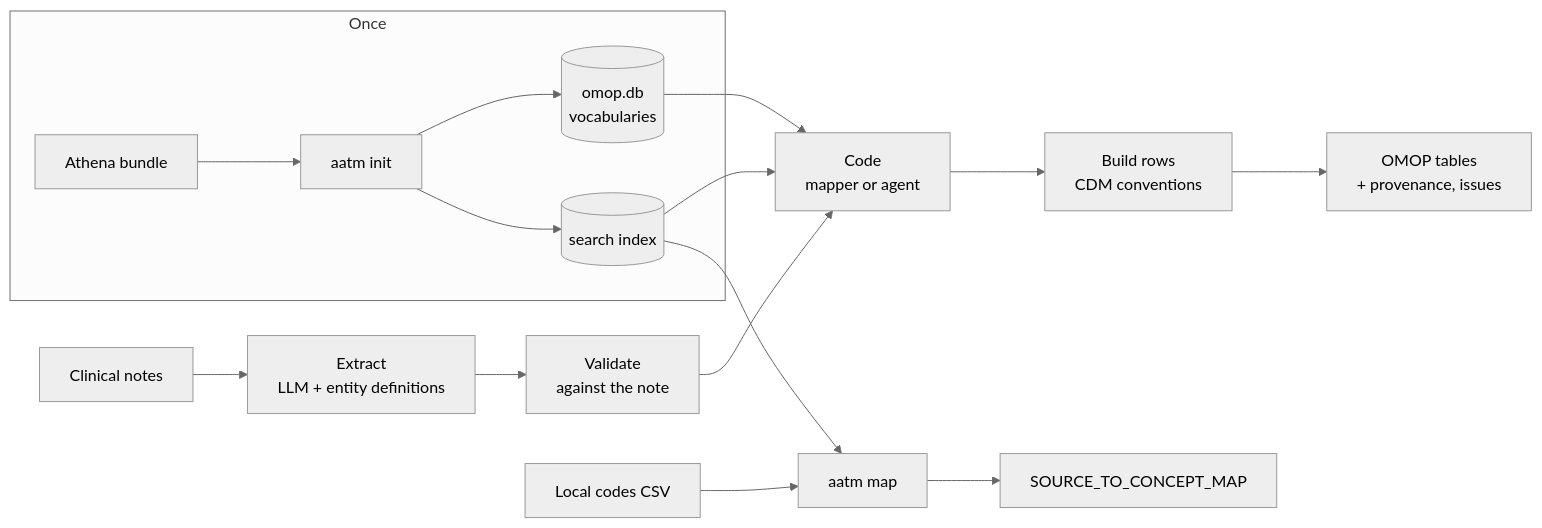
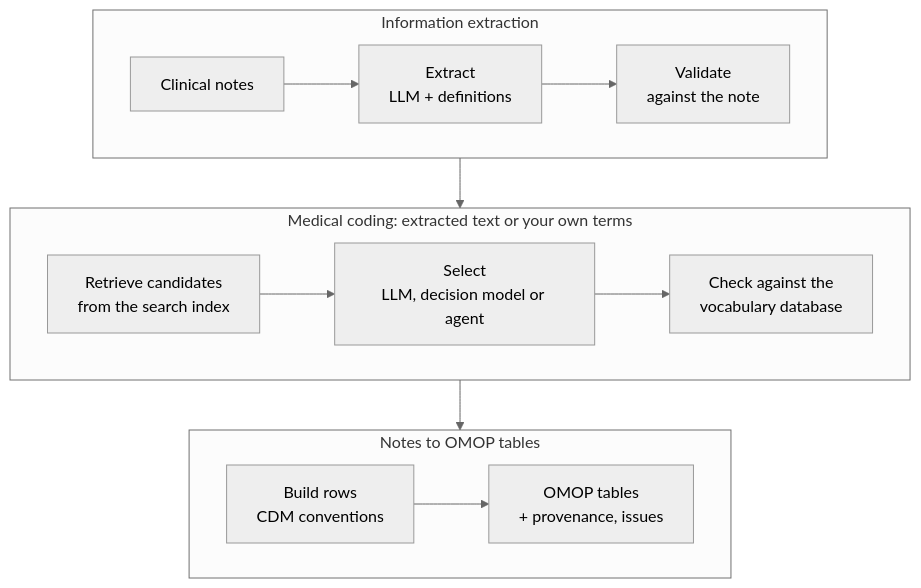
One commit to precisiondata/aatm changed the diagram in docs/getting-started/index.md. Above: the diagram before and after it, drawn with Mermaid (neutral theme). The commit also changed 5 other files, not shown here.

First line of the commit message:
docs: lay the Mermaid diagrams out top to bottom

````diff
--- a/docs/getting-started/index.md
+++ b/docs/getting-started/index.md
@@ -58,18 +58,19 @@
 ```mermaid
-flowchart LR
-    subgraph setup [Once]
-      A[Athena bundle] --> I[aatm init]
-      I --> DB[(omop.db<br/>vocabularies)]
-      I --> VX[(search index)]
+flowchart TB
+    subgraph extraction [Information extraction]
+      direction LR
+      N[Clinical notes] --> X[Extract<br/>LLM + definitions]
+      X --> V[Validate<br/>against the note]
     end
-    N[Clinical notes] --> X[Extract<br/>LLM + entity definitions]
-    X --> V[Validate<br/>against the note]
-    V --> C[Code<br/>mapper or agent]
-    VX --> C
-    DB --> C
-    C --> B[Build rows<br/>CDM conventions]
-    B --> T[OMOP tables<br/>+ provenance, issues]
-    S[Local codes CSV] --> M[aatm map]
-    VX --> M
-    M --> STCM[SOURCE_TO_CONCEPT_MAP]
+    subgraph coding [Medical coding: extracted text or your own terms]
+      direction LR
+      R[Retrieve candidates<br/>from the search index] --> SEL[Select<br/>LLM, decision model or agent]
+      SEL --> CHK[Check against the<br/>vocabulary database]
+    end
+    subgraph omop [Notes to OMOP tables]
+      direction LR
+      BLD[Build rows<br/>CDM conventions] --> T[OMOP tables<br/>+ provenance, issues]
+    end
+    extraction --> coding
+    coding --> omop
 ```
````
